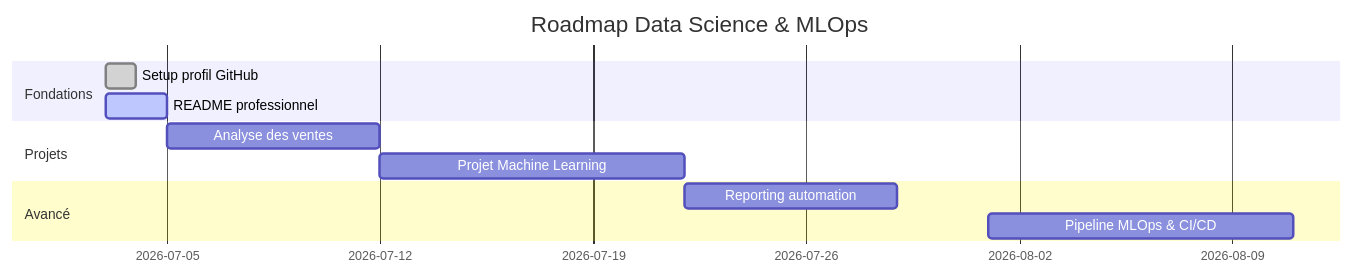
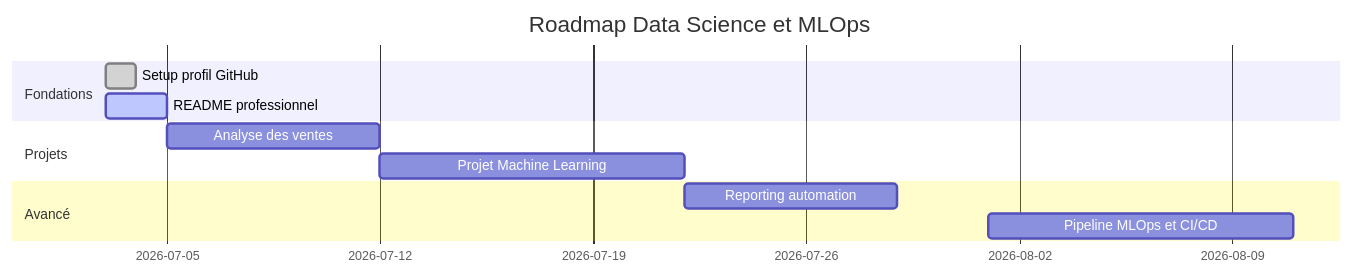
The third of 3 diagrams in README.md (bileisaac/bileisaac), drawn with Mermaid before and after one commit. The commit also changed other lines of this file, not shown here.

````diff
--- a/README.md
+++ b/README.md
@@ -173,14 +169,17 @@
 ```mermaid
 gantt
-    title Roadmap Data Science & MLOps
+    title Roadmap Data Science et MLOps
     dateFormat  YYYY-MM-DD
+
     section Fondations
-    Setup profil GitHub         :done, a1, 2026-07-03, 1d
-    README professionnel        :active, a2, 2026-07-03, 2d
+    Setup profil GitHub      :done, a1, 2026-07-03, 1d
+    README professionnel     :active, a2, 2026-07-03, 2d
+
     section Projets
-    Analyse des ventes          :a3, 2026-07-05, 7d
-    Projet Machine Learning     :a4, 2026-07-12, 10d
+    Analyse des ventes       :a3, 2026-07-05, 7d
+    Projet Machine Learning  :a4, 2026-07-12, 10d
+
     section Avancé
-    Reporting automation        :a5, 2026-07-22, 7d
-    Pipeline MLOps & CI/CD      :a6, 2026-08-01, 10d
+    Reporting automation     :a5, 2026-07-22, 7d
+    Pipeline MLOps et CI/CD  :a6, 2026-08-01, 10d
 ```
````
